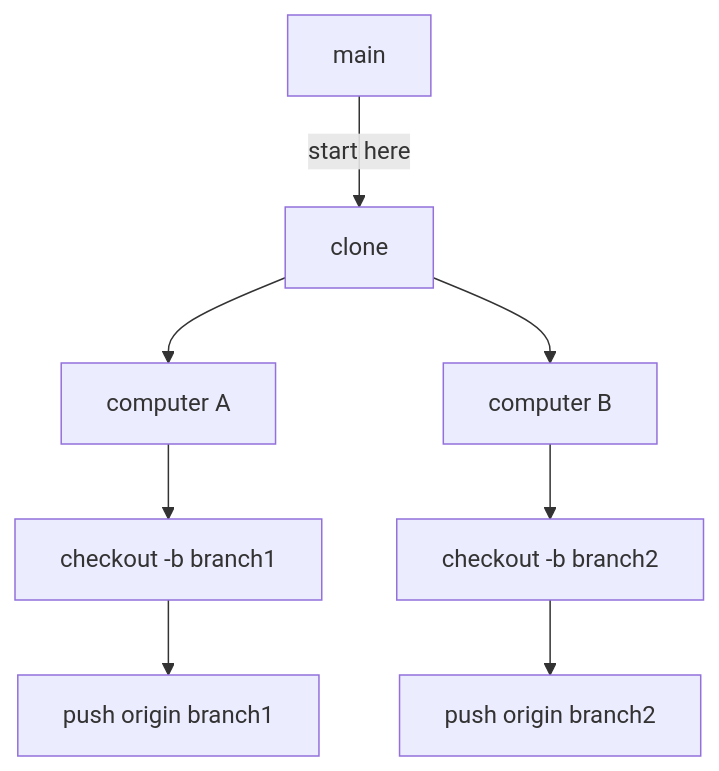
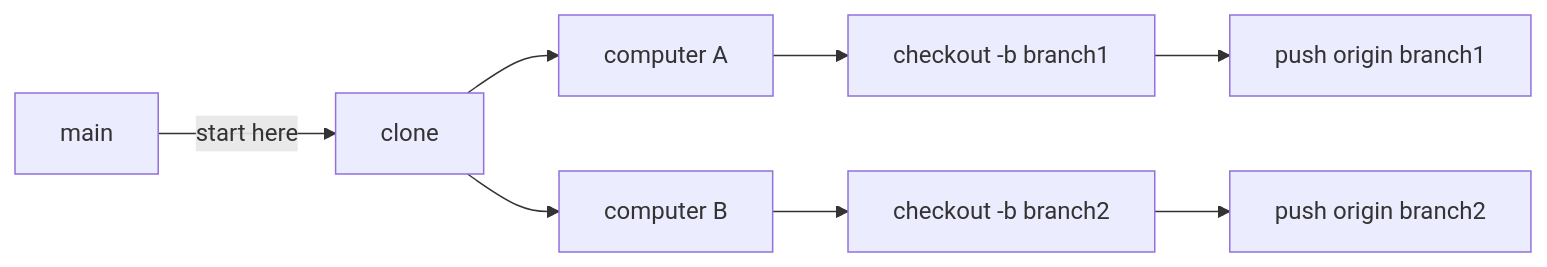
Before and after one commit to mzmunechika/python_for_beginners: the diagram in README.md, drawn with Mermaid. The commit also changed other lines of this file and 1 other file, not shown here.

````diff
--- a/README.md
+++ b/README.md
@@ -111,9 +119,9 @@
 ```mermaid
-flowchart TD
+flowchart LR
 M[main] -- start here --> A[clone] --> B[computer A]
 A --> C[computer B]
 B --> D[checkout -b branch1]
 C --> E[checkout -b branch2]
 D --> F[push origin branch1]
 E --> G[push origin branch2]
 ```
````
